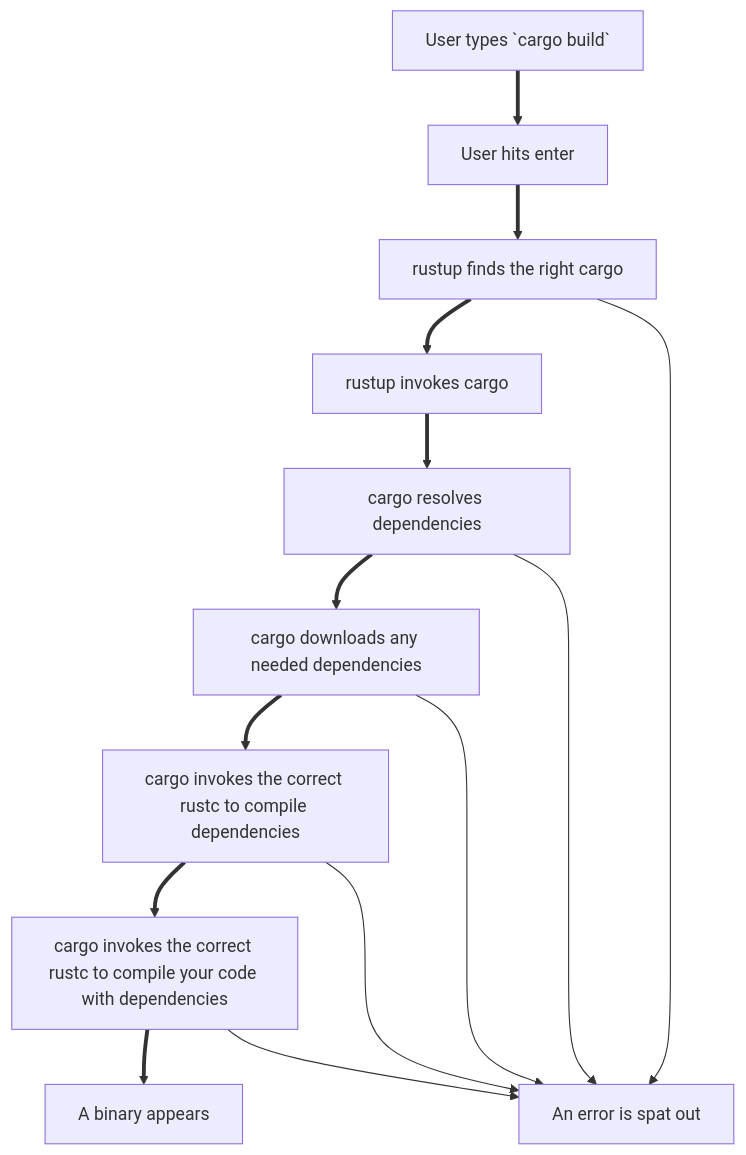
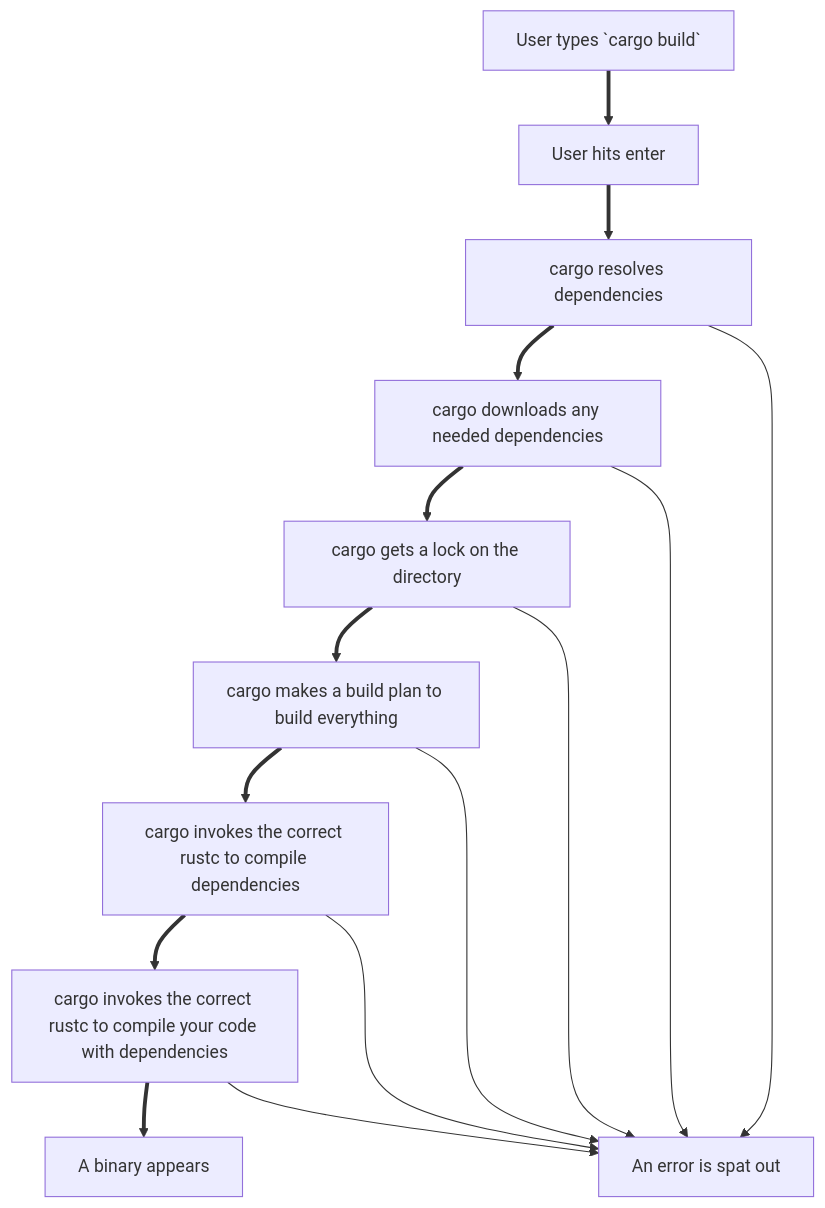
The second of 6 diagrams in slides.md (mgattozzi/rustconf2024), drawn with Mermaid before and after one commit. The commit also changed other lines of this file, not shown here.

````diff
--- a/slides.md
+++ b/slides.md
@@ -73,22 +75,22 @@
 ```mermaid
 flowchart TD
   id0[User types `cargo build`]
   id1[User hits enter]
-  id2[rustup finds the right cargo]
-  id3[rustup invokes cargo]
-  id4[cargo resolves dependencies]
-  id5[cargo downloads any needed dependencies]
+  id2[cargo resolves dependencies]
+  id3[cargo downloads any needed dependencies]
+  id4[cargo gets a lock on the directory]
+  id5[cargo makes a build plan to build everything]
   id6[cargo invokes the correct rustc to compile dependencies]
   id7[cargo invokes the correct rustc to compile your code with dependencies]
   id8[A binary appears]
   id9[An error is spat out]
   id0 ==> id1
   id1 ==> id2
   id2 ==> id3
   id3 ==> id4
   id4 ==> id5
   id5 ==> id6
   id6 ==> id7
   id7 ==> id8
-  id2 & id4 & id5 & id6 & id7 --> id9
+  id2 & id3 & id4 & id5 & id6 & id7 --> id9
 ```
````
